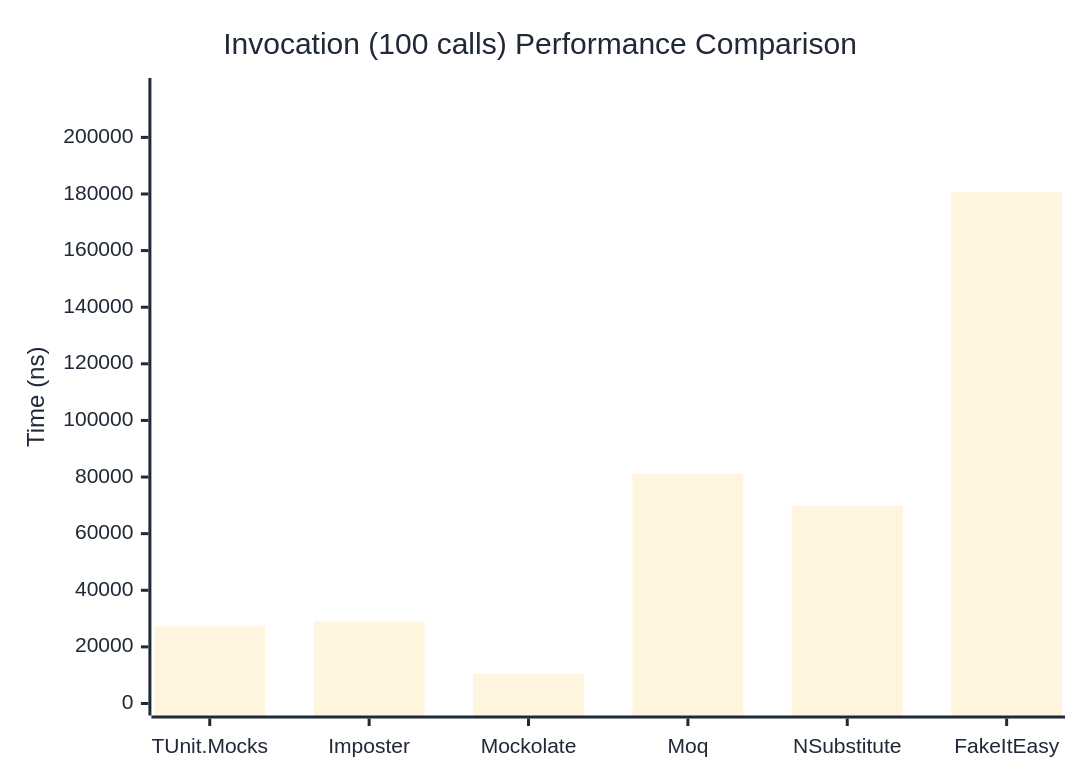
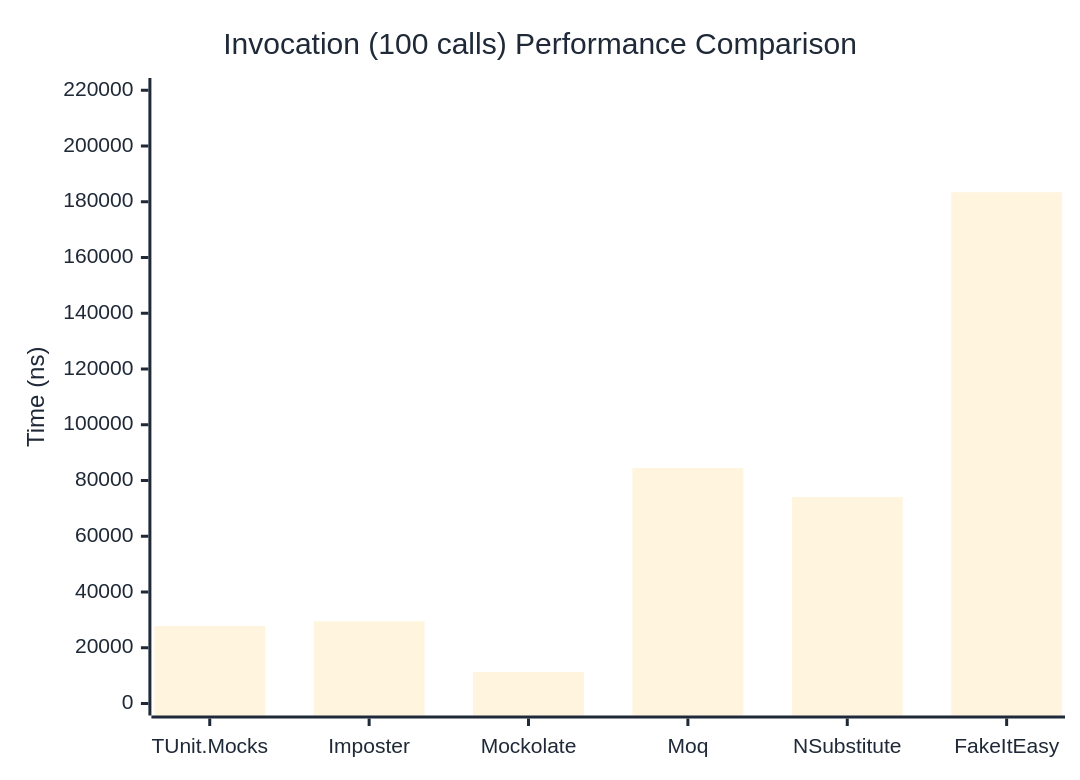
The third of 3 diagrams in docs/docs/benchmarks/mocks/Invocation.md (thomhurst/TUnit), drawn with Mermaid before and after one commit. The commit also changed other lines of this file and 14 other files, not shown here.

````diff
--- a/docs/docs/benchmarks/mocks/Invocation.md
+++ b/docs/docs/benchmarks/mocks/Invocation.md
@@ -112,27 +112,27 @@
 ```mermaid
 %%{init: {
   'theme':'base',
   'themeVariables': {
     'primaryColor': '#2563eb',
     'primaryTextColor': '#1f2937',
     'primaryBorderColor': '#1e40af',
     'lineColor': '#6b7280',
     'secondaryColor': '#7c3aed',
     'tertiaryColor': '#dc2626',
     'background': '#ffffff',
     'pie1': '#2563eb',
     'pie2': '#7c3aed',
     'pie3': '#dc2626',
     'pie4': '#f59e0b',
     'pie5': '#10b981',
     'pie6': '#06b6d4',
     'pie7': '#ec4899',
     'pie8': '#6366f1'
   }
 }}%%
 xychart-beta
   title "Invocation (100 calls) Performance Comparison"
   x-axis ["TUnit.Mocks", "Imposter", "Mockolate", "Moq", "NSubstitute", "FakeItEasy"]
-  y-axis "Time (ns)" 0 --> 216732
-  bar [27271.6, 28912.2, 10501.8, 81033.1, 69833.7, 180610]
+  y-axis "Time (ns)" 0 --> 220090
+  bar [27810.8, 29526.5, 11256.6, 84486.8, 74080, 183407.7]
 ```
````
